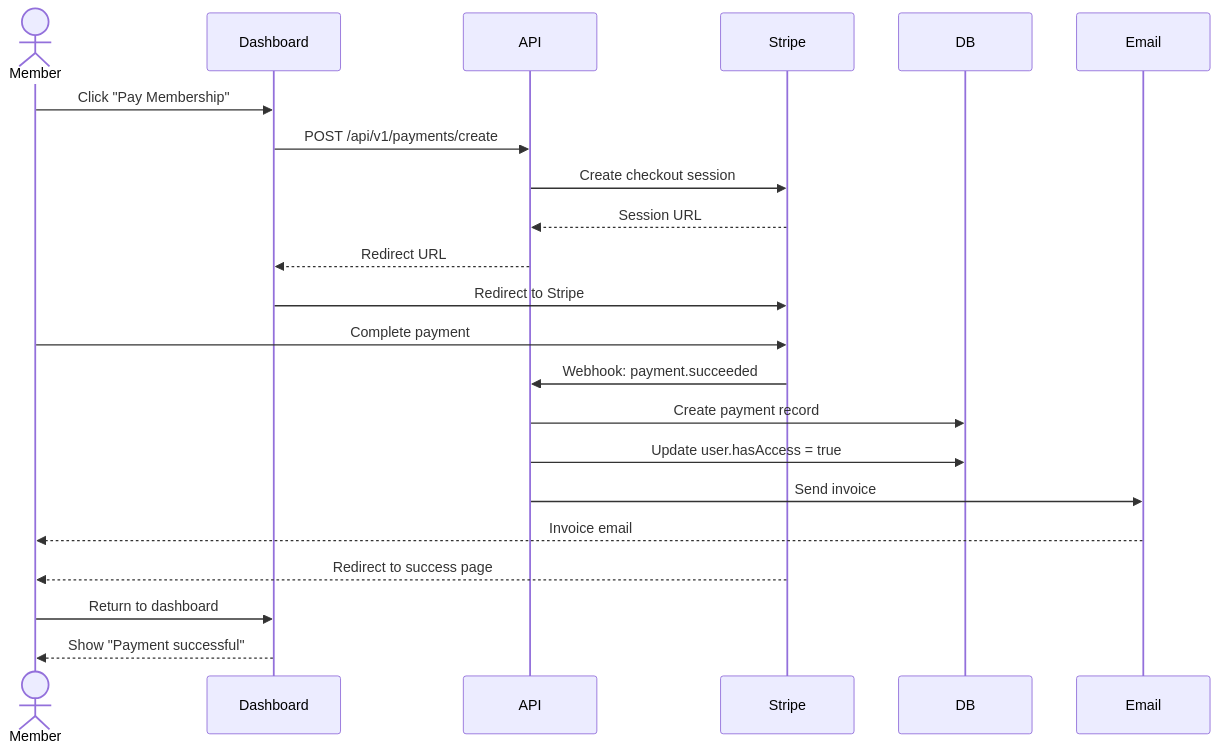
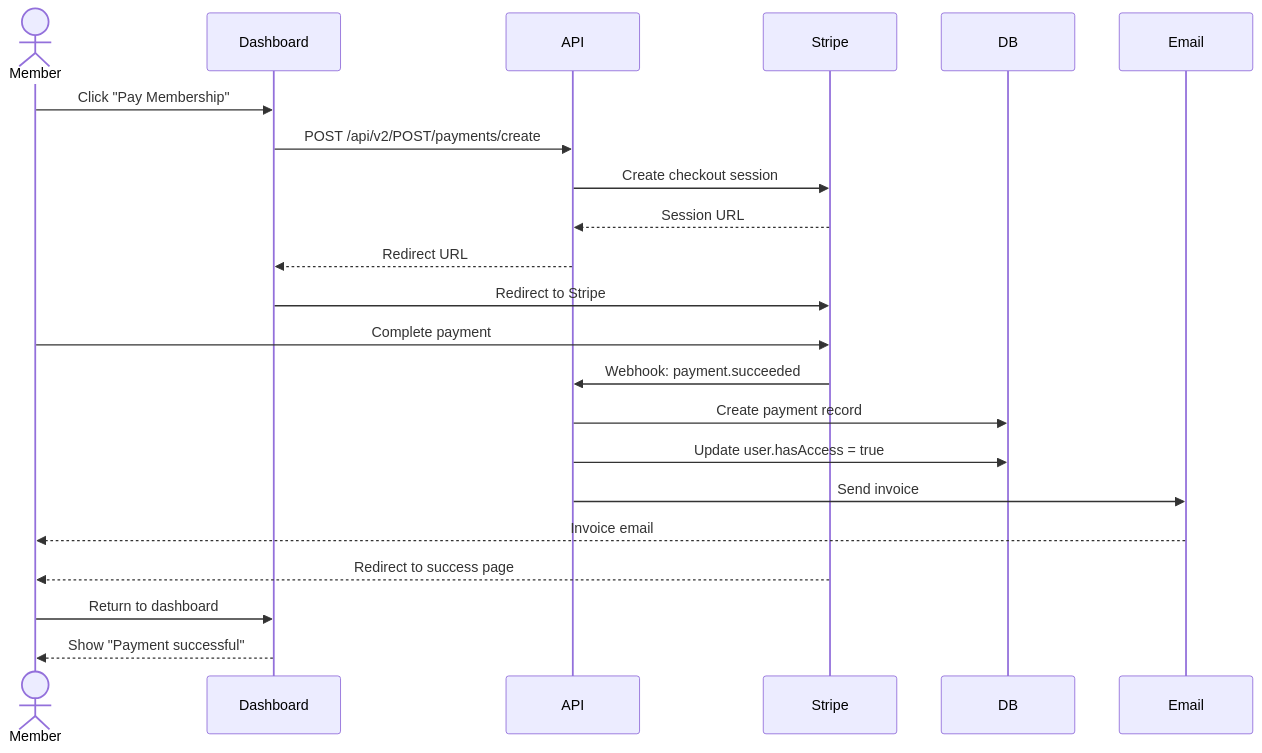
One commit to Ruhanpaco/prishtina-heackerspace changed the seventh of 8 diagrams in README.md. Above: the diagram before and after it, drawn with Mermaid. The commit also changed other lines of this file and 121 other files, not shown here.

````diff
--- a/README.md
+++ b/README.md
@@ -291,27 +343,27 @@
 ```mermaid
 sequenceDiagram
     actor Member
     participant Dashboard
     participant API
     participant Stripe
     participant DB
     participant Email
 
     Member->>Dashboard: Click "Pay Membership"
-    Dashboard->>API: POST /api/v1/payments/create
+    Dashboard->>API: POST /api/v2/POST/payments/create
     API->>Stripe: Create checkout session
     Stripe-->>API: Session URL
     API-->>Dashboard: Redirect URL
     Dashboard->>Stripe: Redirect to Stripe
     
     Member->>Stripe: Complete payment
     Stripe->>API: Webhook: payment.succeeded
     API->>DB: Create payment record
     API->>DB: Update user.hasAccess = true
     API->>Email: Send invoice
     Email-->>Member: Invoice email
     
     Stripe-->>Member: Redirect to success page
     Member->>Dashboard: Return to dashboard
     Dashboard-->>Member: Show "Payment successful"
 ```
````
